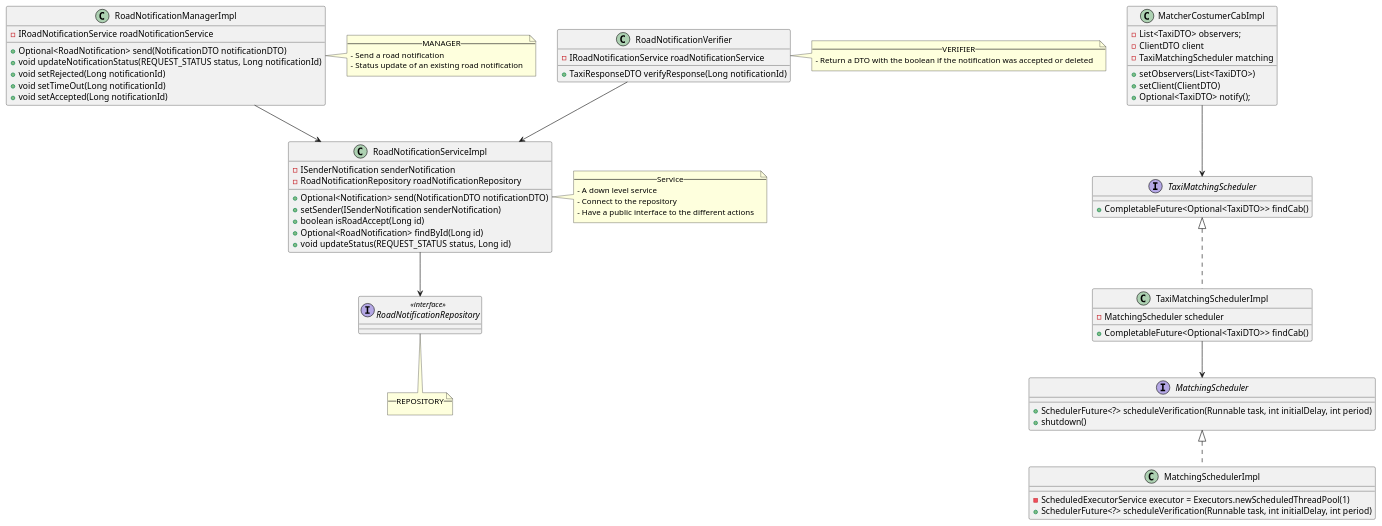
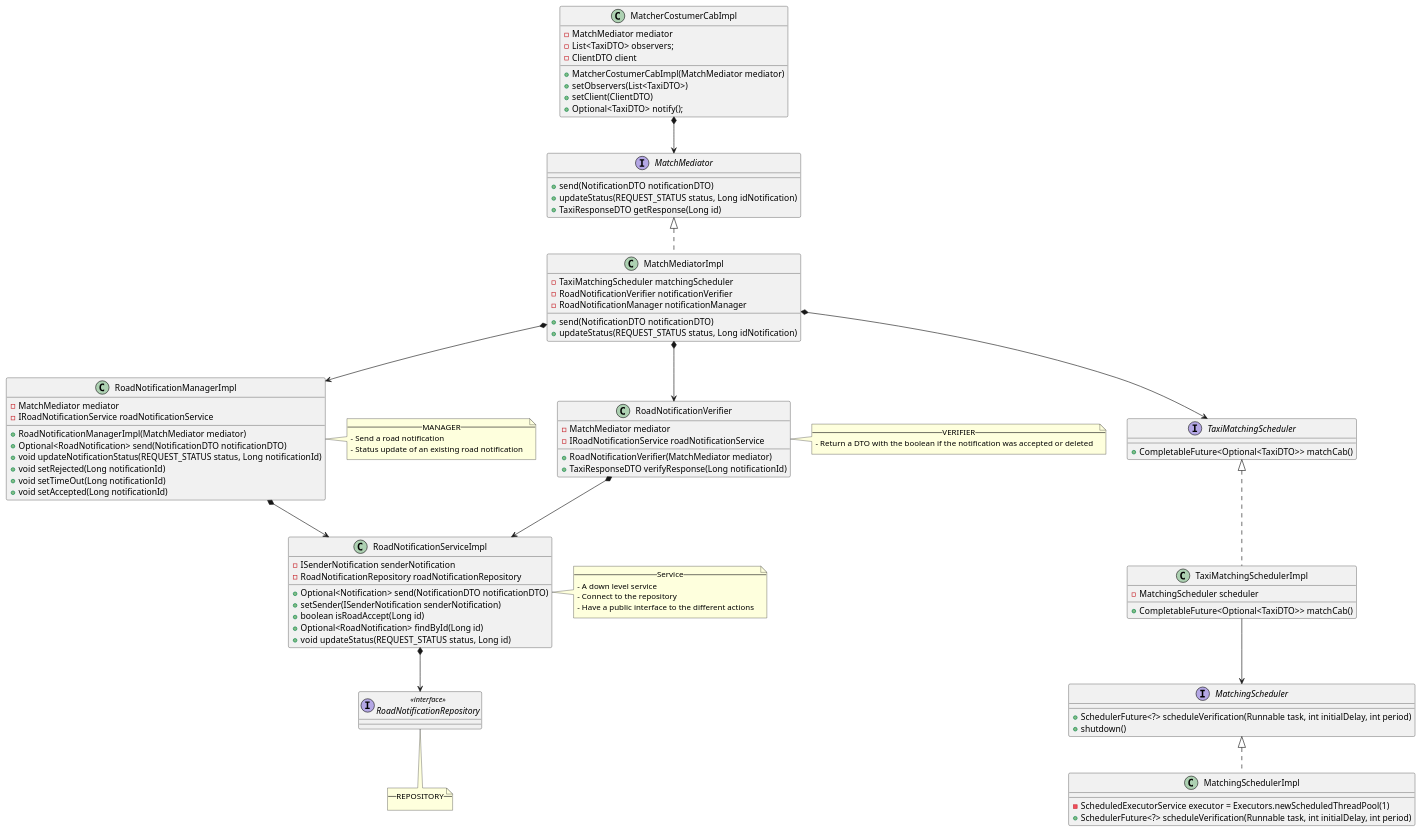
The diagram in b.puml (Frame-Code/Taxi_System_Management_API), drawn with PlantUML before and after one commit.

Commit message:
Basic idea on UML to have a better responsabilities completed

```diff
--- a/b.puml
+++ b/b.puml
@@ -1,84 +1,108 @@
 @startuml notification
 top to bottom direction
 
+interface MatchMediator {
+    + send(NotificationDTO notificationDTO)
+    + updateStatus(REQUEST_STATUS status, Long idNotification)
+    + TaxiResponseDTO getResponse(Long id)
+}
+
+class MatchMediatorImpl {
+    - TaxiMatchingScheduler matchingScheduler
+    - RoadNotificationVerifier notificationVerifier
+    - RoadNotificationManager notificationManager
+    + send(NotificationDTO notificationDTO)
+    + updateStatus(REQUEST_STATUS status, Long idNotification)
+}
+
+
 class MatcherCostumerCabImpl {
+    - MatchMediator mediator
     - List<TaxiDTO> observers;
     - ClientDTO client
-    - TaxiMatchingScheduler matching
+    + MatcherCostumerCabImpl(MatchMediator mediator)
     + setObservers(List<TaxiDTO>)
     + setClient(ClientDTO)
     + Optional<TaxiDTO> notify();
 }
 
 interface TaxiMatchingScheduler {
-    +CompletableFuture<Optional<TaxiDTO>> findCab()
+    +CompletableFuture<Optional<TaxiDTO>> matchCab()
 }
 class TaxiMatchingSchedulerImpl {
     - MatchingScheduler scheduler
-    + CompletableFuture<Optional<TaxiDTO>> findCab()
+    + CompletableFuture<Optional<TaxiDTO>> matchCab()
 }
 
 
 interface MatchingScheduler {
     + SchedulerFuture<?> scheduleVerification(Runnable task, int initialDelay, int period)
     + shutdown()
 }
 class MatchingSchedulerImpl {
     - ScheduledExecutorService executor = Executors.newScheduledThreadPool(1)
     + SchedulerFuture<?> scheduleVerification(Runnable task, int initialDelay, int period)
 }
 
 class RoadNotificationManagerImpl {
+    - MatchMediator mediator
     - IRoadNotificationService roadNotificationService
+    + RoadNotificationManagerImpl(MatchMediator mediator)
     + Optional<RoadNotification> send(NotificationDTO notificationDTO)
     + void updateNotificationStatus(REQUEST_STATUS status, Long notificationId)
     + void setRejected(Long notificationId)
     + void setTimeOut(Long notificationId)
     + void setAccepted(Long notificationId)
 }
 note right of RoadNotificationManagerImpl
     --MANAGER--
     - Send a road notification
     - Status update of an existing road notification
 end note
 
 class RoadNotificationVerifier {
+    - MatchMediator mediator
     - IRoadNotificationService roadNotificationService
+    + RoadNotificationVerifier(MatchMediator mediator)
     + TaxiResponseDTO verifyResponse(Long notificationId)
 }
 
 note right of RoadNotificationVerifier {
     --VERIFIER--
     - Return a DTO with the boolean if the notification was accepted or deleted
 }
 
 class RoadNotificationServiceImpl {
     - ISenderNotification senderNotification
     - RoadNotificationRepository roadNotificationRepository
     + Optional<Notification> send(NotificationDTO notificationDTO)
     + setSender(ISenderNotification senderNotification)
     + boolean isRoadAccept(Long id)
     + Optional<RoadNotification> findById(Long id)
     + void updateStatus(REQUEST_STATUS status, Long id)
 }
 note right of RoadNotificationServiceImpl {
     --Service--
     - A down level service
     - Connect to the repository
     - Have a public interface to the different actions
 }
 
 interface RoadNotificationRepository <<interface>>{
 }
 note bottom of RoadNotificationRepository {
     --REPOSITORY--
 }
 MatchingScheduler <|.. MatchingSchedulerImpl
 
-RoadNotificationManagerImpl --> RoadNotificationServiceImpl
-RoadNotificationVerifier --> RoadNotificationServiceImpl
-RoadNotificationServiceImpl --> RoadNotificationRepository
-MatcherCostumerCabImpl --> TaxiMatchingScheduler
+RoadNotificationManagerImpl *--> RoadNotificationServiceImpl
+RoadNotificationVerifier *--> RoadNotificationServiceImpl
+RoadNotificationServiceImpl *--> RoadNotificationRepository
+MatcherCostumerCabImpl *--> MatchMediator
 TaxiMatchingScheduler <|.. TaxiMatchingSchedulerImpl
 TaxiMatchingSchedulerImpl --> MatchingScheduler
+MatchMediator <|.. MatchMediatorImpl
+MatchMediatorImpl *--> TaxiMatchingScheduler
+MatchMediatorImpl *--> RoadNotificationVerifier
+MatchMediatorImpl *--> RoadNotificationManagerImpl
 @enduml
```
